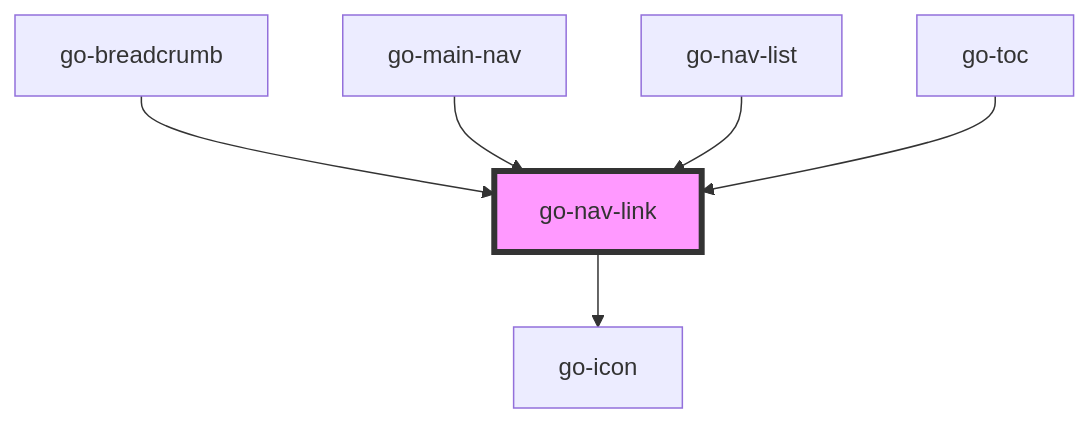
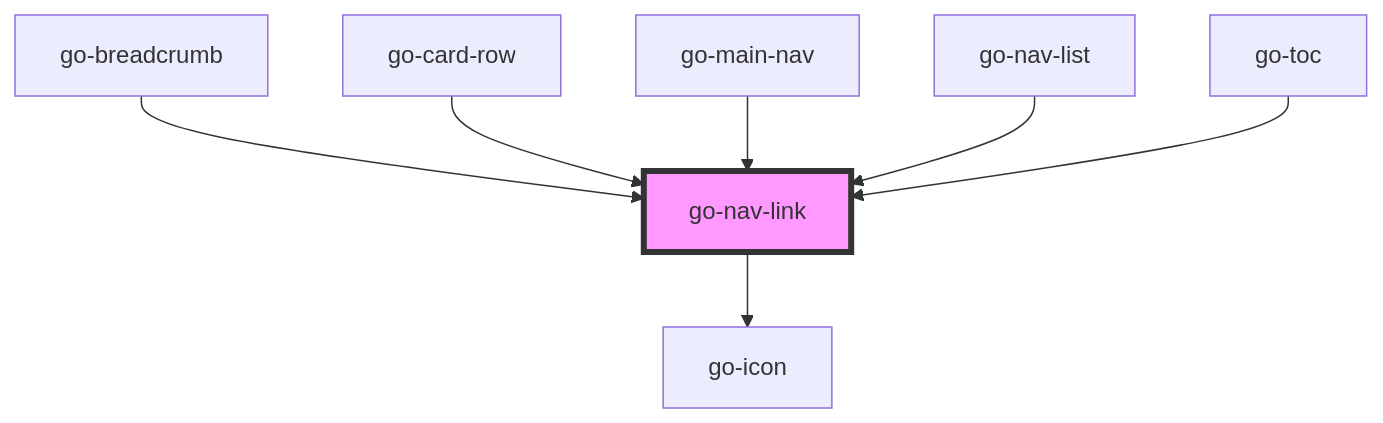
One commit to getgoui/go-ui changed the diagram in packages/core/src/components/navigation/go-nav-link/readme.md. Above: the diagram before and after it, drawn with Mermaid. The commit also changed other lines of this file and 8 other files, not shown here.

````diff
--- a/packages/core/src/components/navigation/go-nav-link/readme.md
+++ b/packages/core/src/components/navigation/go-nav-link/readme.md
@@ -36,9 +37,10 @@
 ```mermaid
 graph TD;
   go-nav-link --> go-icon
   go-breadcrumb --> go-nav-link
+  go-card-row --> go-nav-link
   go-main-nav --> go-nav-link
   go-nav-list --> go-nav-link
   go-toc --> go-nav-link
   style go-nav-link fill:#f9f,stroke:#333,stroke-width:4px
 ```
````
